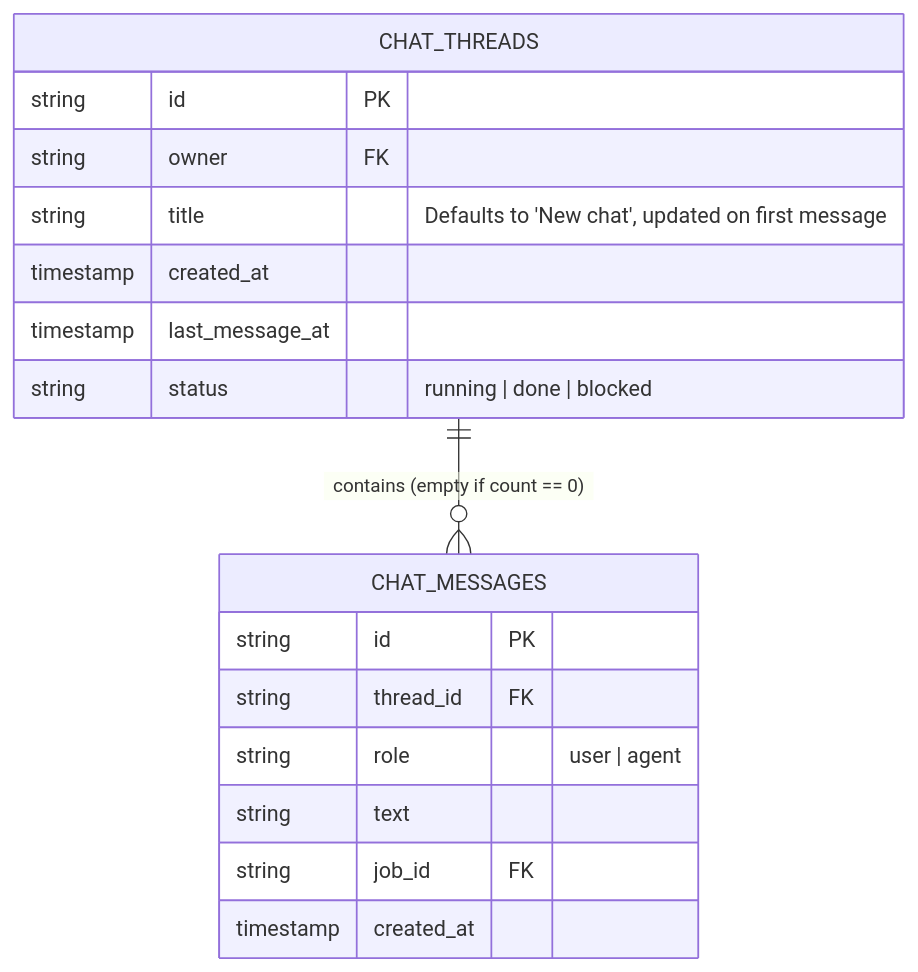
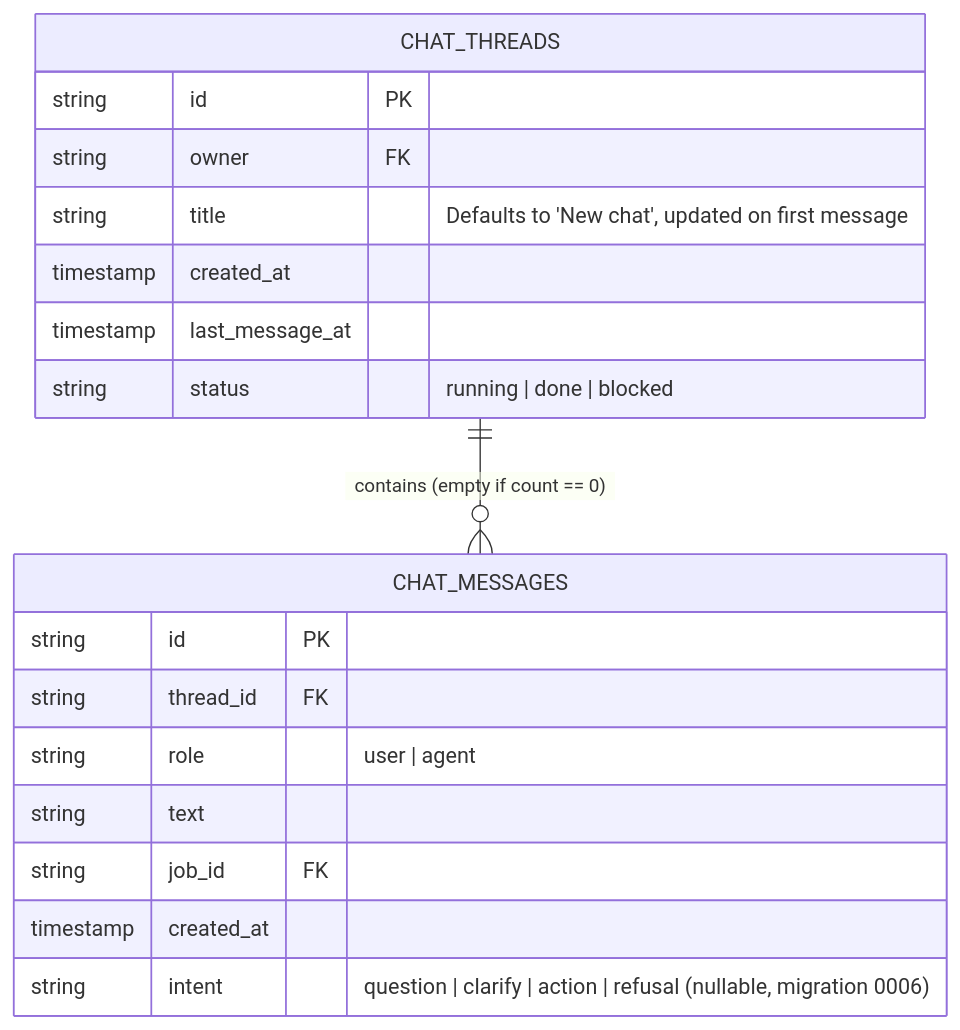
Before and after one commit to thaicuong576/agent-wallet: the second of 2 diagrams in docs/architecture/chat-thread-lifecycle.md, drawn with Mermaid. The commit also changed other lines of this file and 20 other files, not shown here.

````diff
--- a/docs/architecture/chat-thread-lifecycle.md
+++ b/docs/architecture/chat-thread-lifecycle.md
@@ -72,22 +72,23 @@
 ```mermaid
 erDiagram
     CHAT_THREADS {
         string id PK
         string owner FK
         string title "Defaults to 'New chat', updated on first message"
         timestamp created_at
         timestamp last_message_at
         string status "running | done | blocked"
     }
 
     CHAT_MESSAGES {
         string id PK
         string thread_id FK
         string role "user | agent"
         string text
         string job_id FK
         timestamp created_at
+        string intent "question | clarify | action | refusal (nullable, migration 0006)"
     }
 
     CHAT_THREADS ||--o{ CHAT_MESSAGES : "contains (empty if count == 0)"
 ```
````
